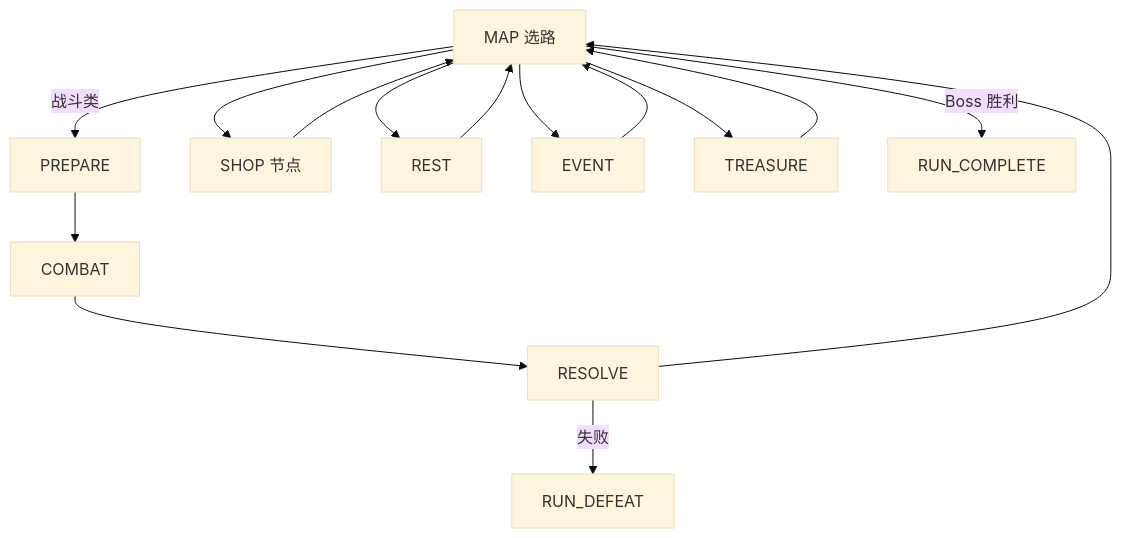
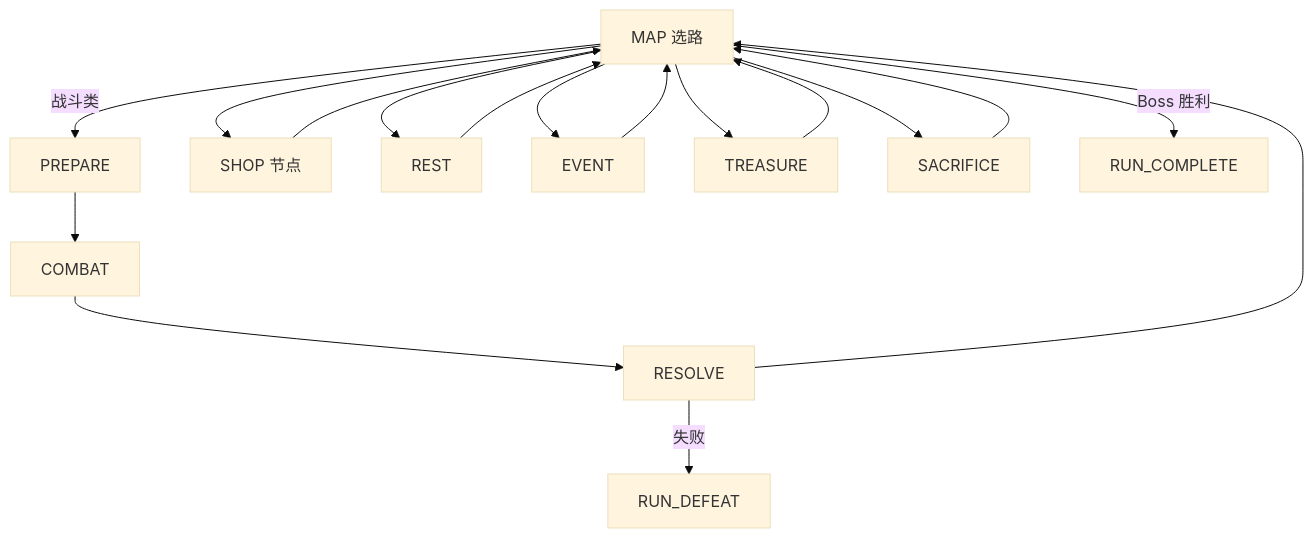
The first of 2 diagrams in Documents/GAME_VISION.md (Kanerickyz/Godot-Project---Clash-royale-like-Game), drawn with Mermaid (base theme) before and after one commit. The commit also changed other lines of this file and 3 other files, not shown here.

````diff
--- a/Documents/GAME_VISION.md
+++ b/Documents/GAME_VISION.md
@@ -96,10 +96,11 @@
 ```mermaid
 flowchart TD
     Map[MAP 选路] -->|战斗类| Prep[PREPARE] --> Combat[COMBAT] --> Resolve[RESOLVE] --> Map
     Map --> ShopNode[SHOP 节点] --> Map
     Map --> Rest[REST] --> Map
     Map --> Event[EVENT] --> Map
     Map --> Treasure[TREASURE] --> Map
+    Map --> Sacrifice[SACRIFICE] --> Map
     Resolve -->|失败| RunDefeat[RUN_DEFEAT]
     Map -->|Boss 胜利| RunComplete[RUN_COMPLETE]
 ```
````
